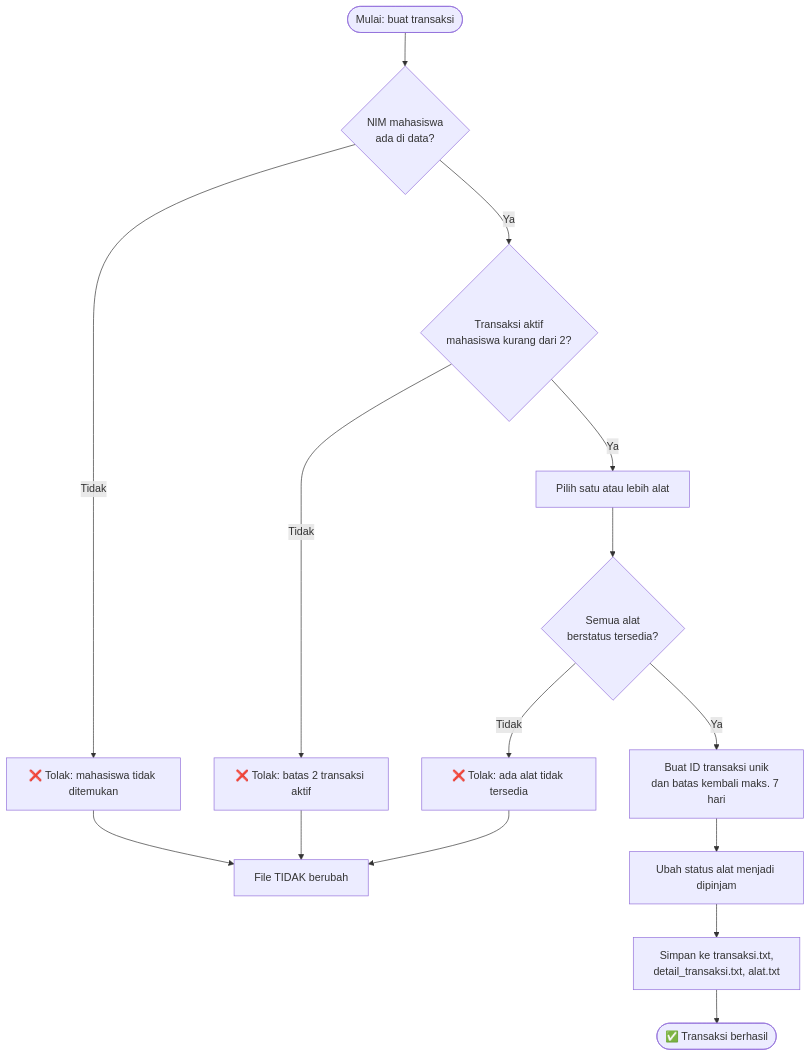
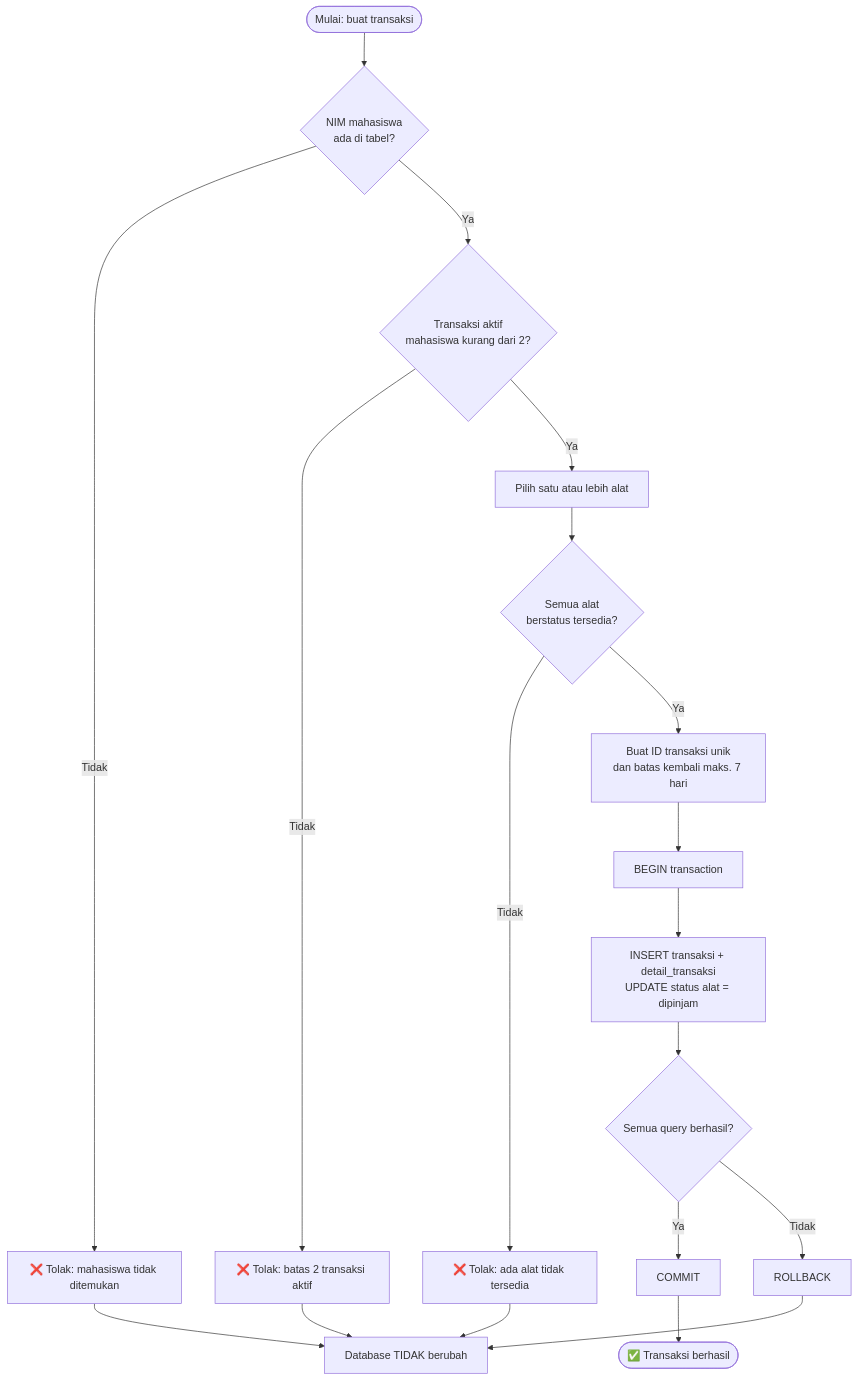
One commit to rifaidanu/project-praktikum-pemrograman changed the sixth of 10 diagrams in project_kedua/project_instruction.md. Above: the diagram before and after it, drawn with Mermaid. The commit also changed other lines of this file and 7 other files, not shown here.

````diff
--- a/project_kedua/project_instruction.md
+++ b/project_kedua/project_instruction.md
@@ -183,17 +262,21 @@
 ```mermaid
 flowchart TD
-    S([Mulai: buat transaksi]) --> A{NIM mahasiswa<br/>ada di data?}
+    S([Mulai: buat transaksi]) --> A{NIM mahasiswa<br/>ada di tabel?}
     A -->|Tidak| X1[❌ Tolak: mahasiswa tidak ditemukan]
     A -->|Ya| B{Transaksi aktif<br/>mahasiswa kurang dari 2?}
     B -->|Tidak| X2[❌ Tolak: batas 2 transaksi aktif]
     B -->|Ya| C[Pilih satu atau lebih alat]
     C --> D{Semua alat<br/>berstatus tersedia?}
     D -->|Tidak| X3[❌ Tolak: ada alat tidak tersedia]
     D -->|Ya| E[Buat ID transaksi unik<br/>dan batas kembali maks. 7 hari]
-    E --> F[Ubah status alat menjadi dipinjam]
-    F --> G[Simpan ke transaksi.txt,<br/>detail_transaksi.txt, alat.txt]
-    G --> OK([✅ Transaksi berhasil])
-    X1 --> N[File TIDAK berubah]
+    E --> T[BEGIN transaction]
+    T --> F[INSERT transaksi + detail_transaksi<br/>UPDATE status alat = dipinjam]
+    F --> CK{Semua query berhasil?}
+    CK -->|Ya| CM[COMMIT]
+    CK -->|Tidak| RB[ROLLBACK]
+    CM --> OK([✅ Transaksi berhasil])
+    RB --> N
+    X1 --> N[Database TIDAK berubah]
     X2 --> N
     X3 --> N
 ```
````
